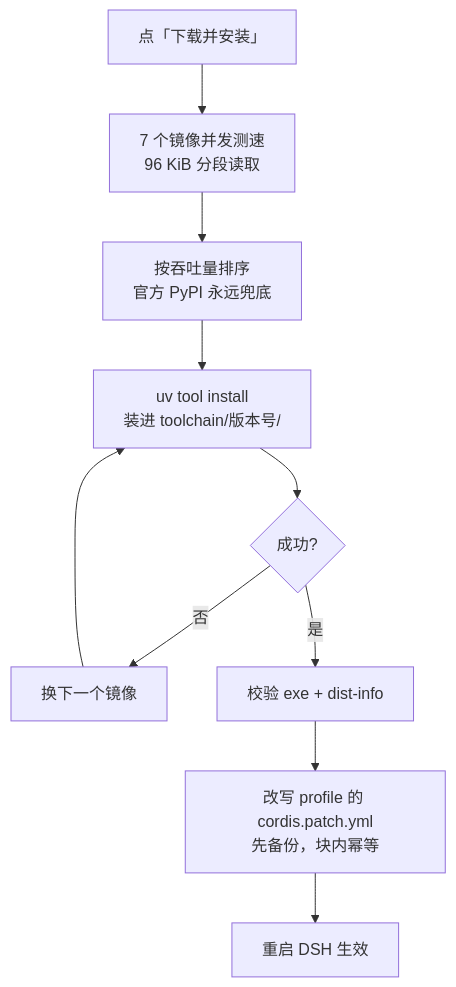
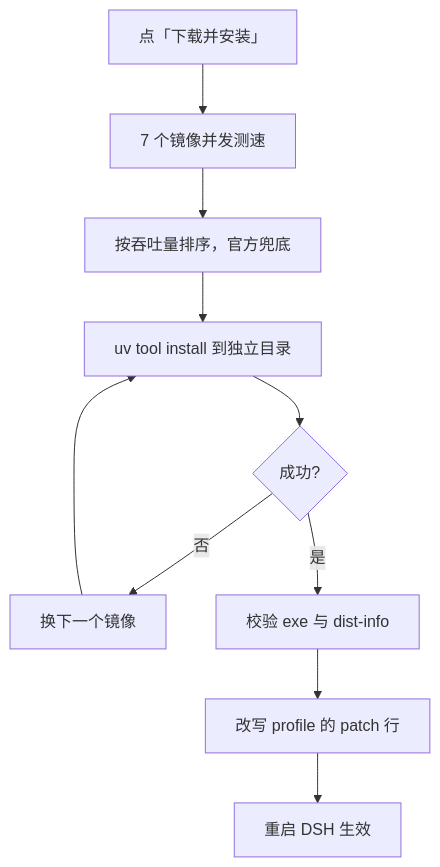
The first of 2 diagrams in README.md (xkzm123/dsh-desktop-bridge), drawn with Mermaid before and after one commit.

Commit message:
docs: keep every flowchart node on one line
Mermaid sizes a node from its first line only, so the <br/> second line of each CJK label was clipped by the node box on GitHub. One line per node fixes it.

````diff
--- a/README.md
+++ b/README.md
@@ -164,12 +164,12 @@
 ```mermaid
 flowchart TD
-    A[点「下载并安装」] --> B[7 个镜像并发测速<br/>96 KiB 分段读取]
-    B --> C[按吞吐量排序<br/>官方 PyPI 永远兜底]
-    C --> D[uv tool install<br/>装进 toolchain/版本号/]
+    A[点「下载并安装」] --> B[7 个镜像并发测速]
+    B --> C[按吞吐量排序，官方兜底]
+    C --> D[uv tool install 到独立目录]
     D --> E{成功?}
     E -- 否 --> F[换下一个镜像]
     F --> D
-    E -- 是 --> G[校验 exe + dist-info]
-    G --> H[改写 profile 的 cordis.patch.yml<br/>先备份，块内幂等]
+    E -- 是 --> G[校验 exe 与 dist-info]
+    G --> H[改写 profile 的 patch 行]
     H --> I[重启 DSH 生效]
 ```
````
